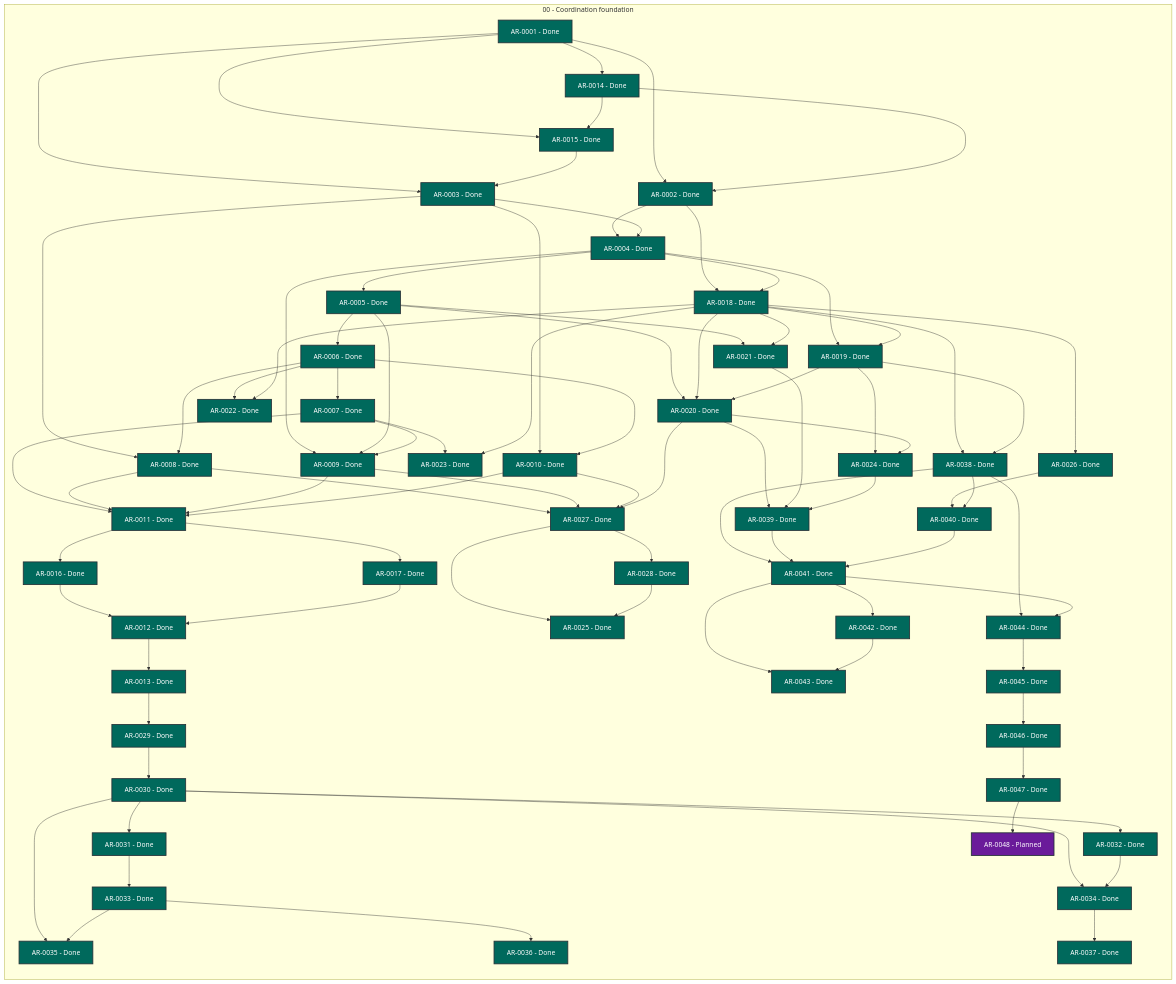
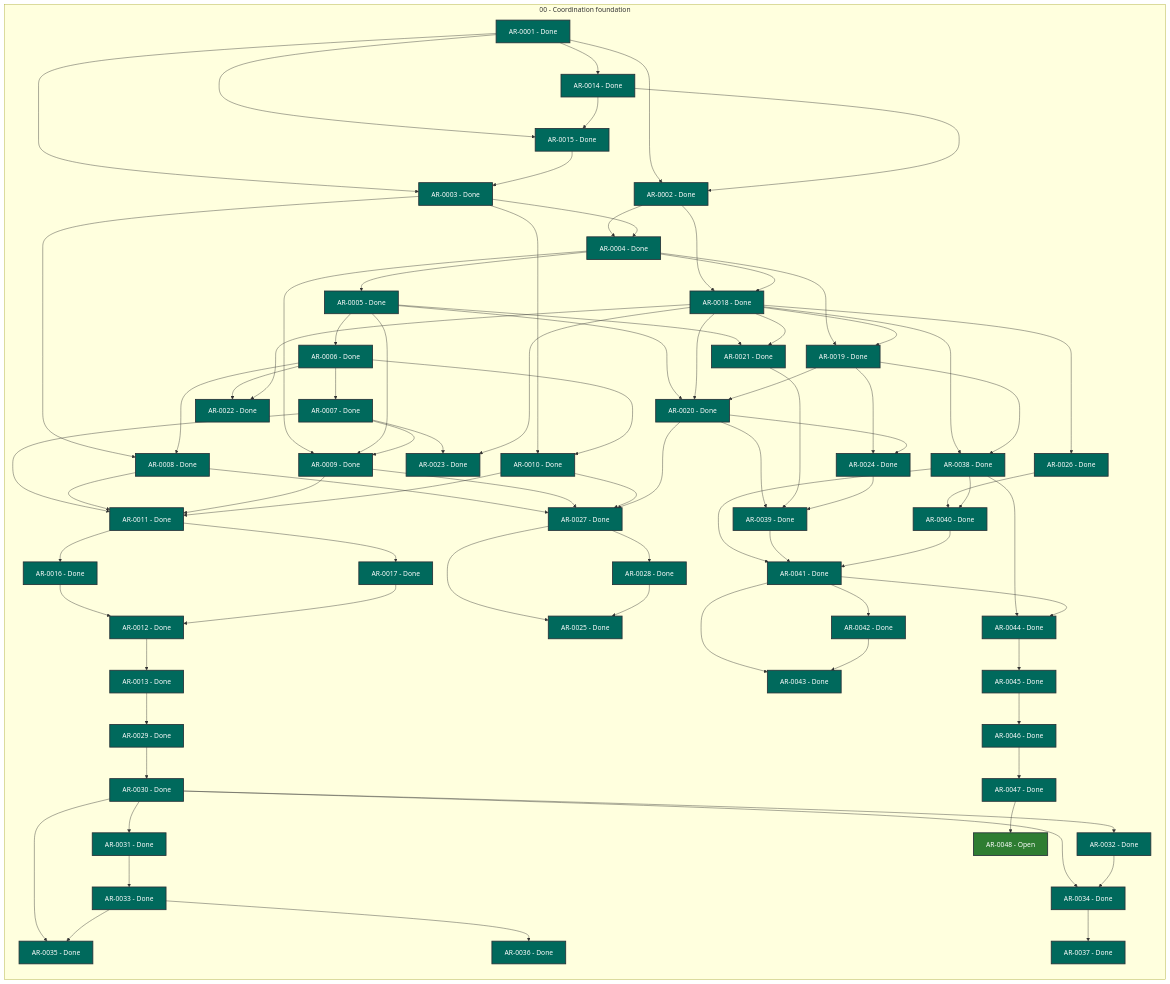
The diagram in STATUS.md (martin-beck/agent-workflow-tui-state), drawn with Mermaid before and after one commit. The commit also changed other lines of this file and 2 other files, not shown here.

```diff
--- a/STATUS.md
+++ b/STATUS.md
@@ -75,7 +75,7 @@
         AR_0045["AR-0045 - Done"]:::status_done
         AR_0046["AR-0046 - Done"]:::status_done
         AR_0047["AR-0047 - Done"]:::status_done
-        AR_0048["AR-0048 - Planned"]:::status_planned
+        AR_0048["AR-0048 - Open"]:::status_open
     end
     AR_0001 --> AR_0002
     AR_0001 --> AR_0003
```
